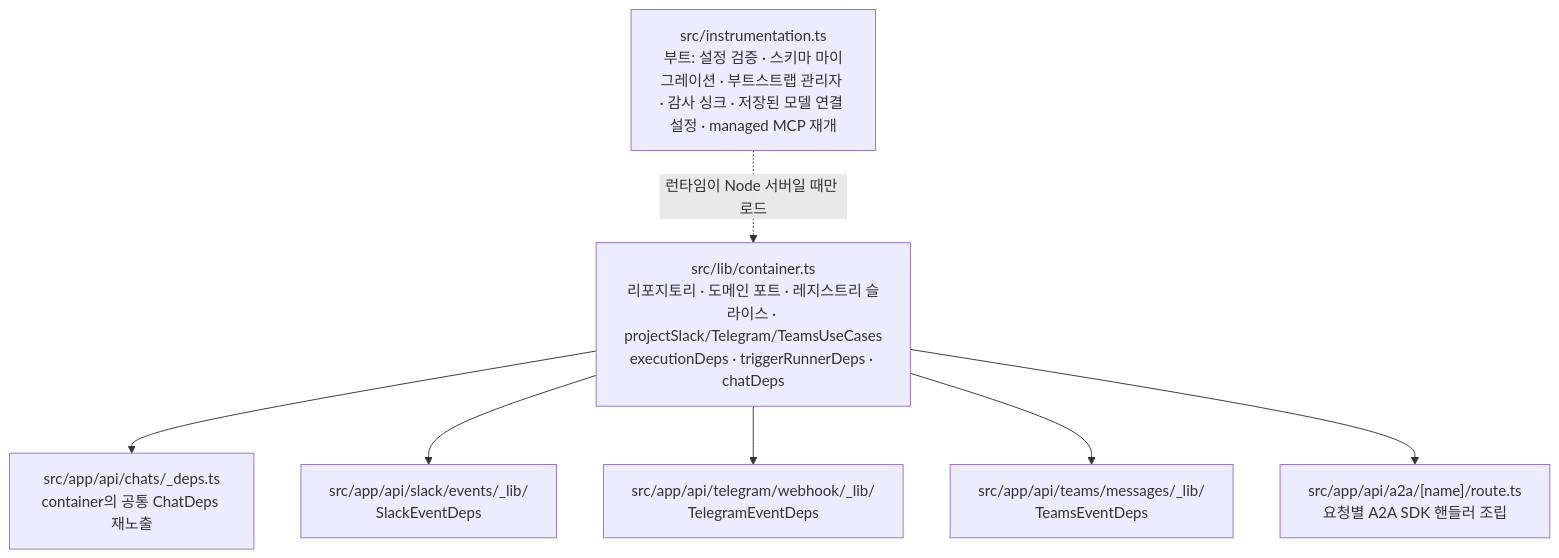
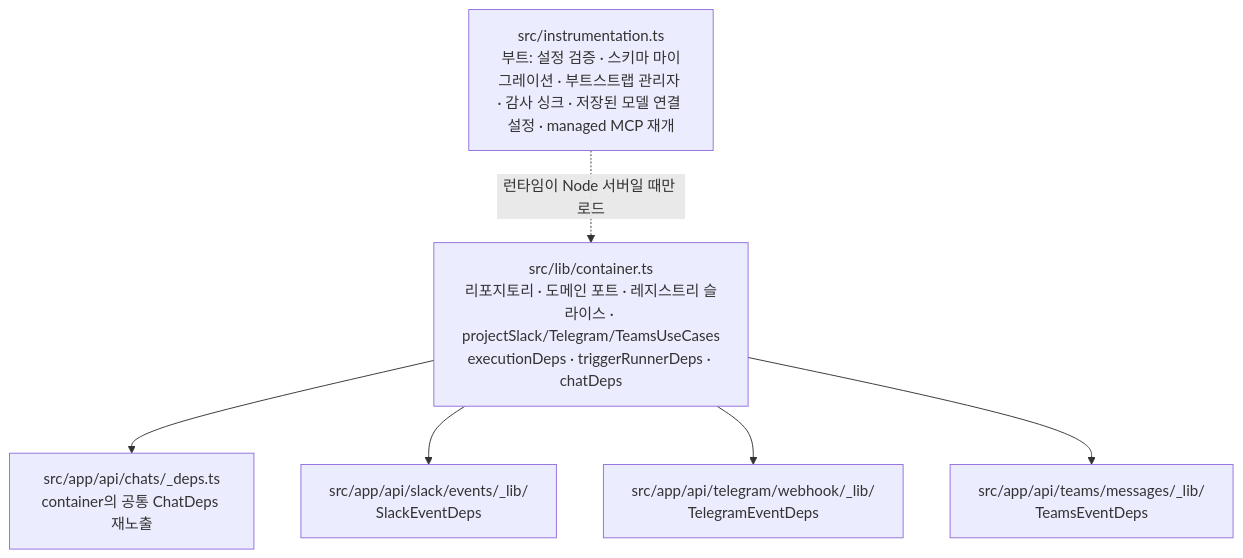
The fifth of 9 diagrams in docs/DIAGRAMS.md (opspresso/agent-studio), drawn with Mermaid before and after one commit. The commit also changed other lines of this file and 18 other files, not shown here.

````diff
--- a/docs/DIAGRAMS.md
+++ b/docs/DIAGRAMS.md
@@ -187,17 +186,15 @@
 ```mermaid
 flowchart TB
   container["src/lib/container.ts<br/>리포지토리 · 도메인 포트 · 레지스트리 슬라이스 · projectSlack/Telegram/TeamsUseCases<br/>executionDeps · triggerRunnerDeps · chatDeps"]
   chatdeps["src/app/api/chats/_deps.ts<br/>container의 공통 ChatDeps 재노출"]
   slackdeps["src/app/api/slack/events/_lib/<br/>SlackEventDeps"]
   tgdeps["src/app/api/telegram/webhook/_lib/<br/>TelegramEventDeps"]
   teamsdeps["src/app/api/teams/messages/_lib/<br/>TeamsEventDeps"]
-  a2aroute["src/app/api/a2a/[name]/route.ts<br/>요청별 A2A SDK 핸들러 조립"]
   boot["src/instrumentation.ts<br/>부트: 설정 검증 · 스키마 마이그레이션 · 부트스트랩 관리자 · 감사 싱크 · 저장된 모델 연결 설정 · managed MCP 재개"]
 
   container --> chatdeps
   container --> slackdeps
   container --> tgdeps
   container --> teamsdeps
-  container --> a2aroute
   boot -.->|"런타임이 Node 서버일 때만 로드"| container
 ```
````
